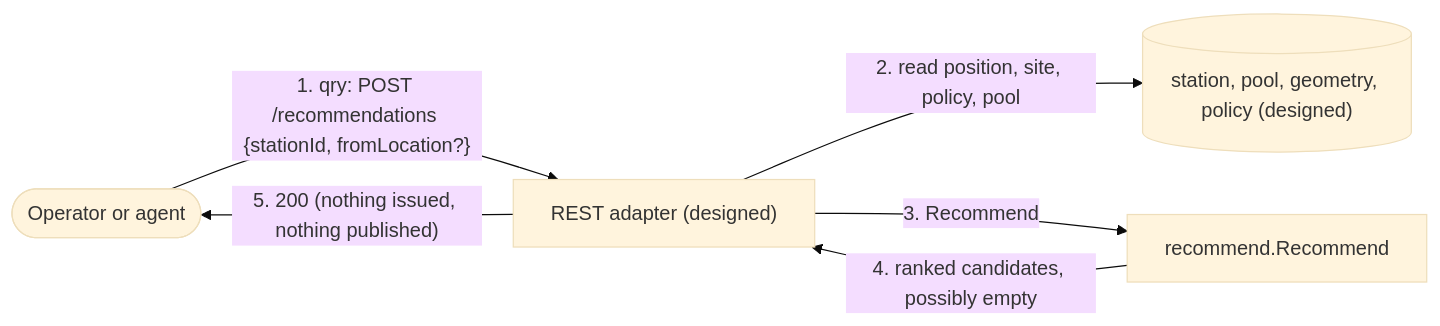
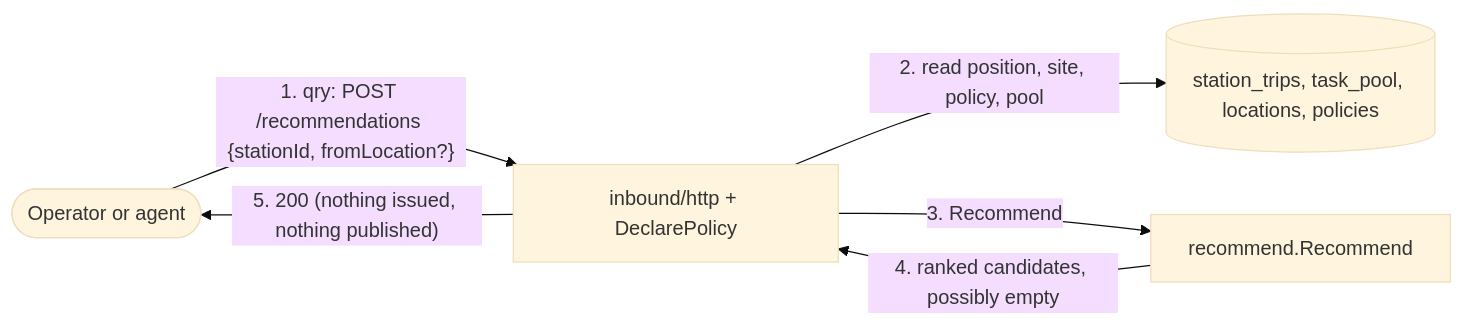
One commit to IQVO/task-interleaving changed the fifth of 5 diagrams in docs/docs/ddd/domain-message-flow.md. Above: the diagram before and after it, drawn with Mermaid (base theme). The commit also changed other lines of this file and 15 other files, not shown here.

````diff
--- a/docs/docs/ddd/domain-message-flow.md
+++ b/docs/docs/ddd/domain-message-flow.md
@@ -111,12 +123,12 @@
 ```mermaid
 flowchart LR
     op(["Operator or agent"])
-    api["REST adapter (designed)"]
-    st[("station, pool, geometry, policy (designed)")]
+    api["inbound/http + DeclarePolicy"]
+    st[("station_trips, task_pool, locations, policies")]
     rec["recommend.Recommend"]
     op -->|"1. qry: POST /recommendations {stationId, fromLocation?}"| api
     api -->|"2. read position, site, policy, pool"| st
     api -->|"3. Recommend"| rec
     rec -->|"4. ranked candidates, possibly empty"| api
     api -->|"5. 200 (nothing issued, nothing published)"| op
 ```
````
